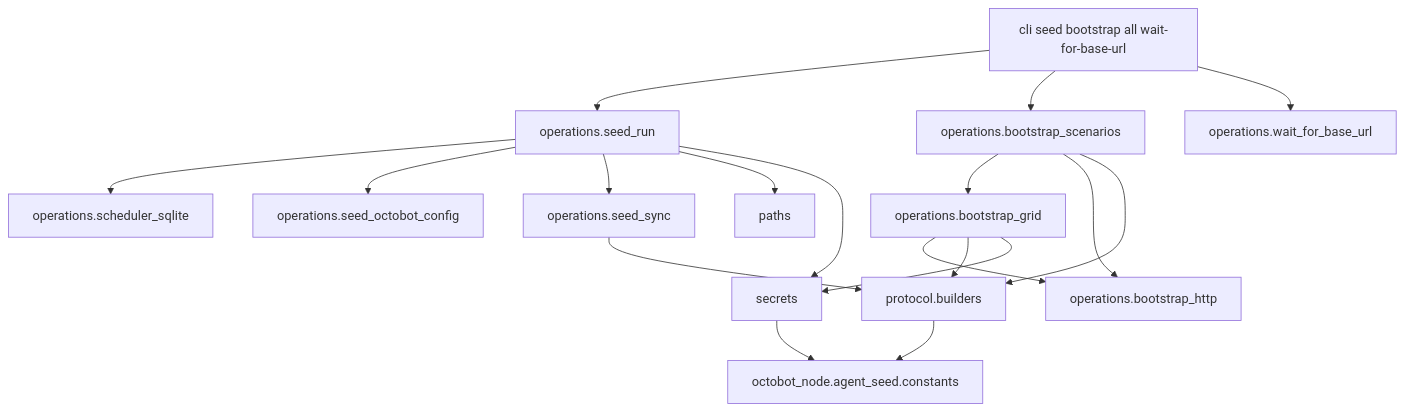
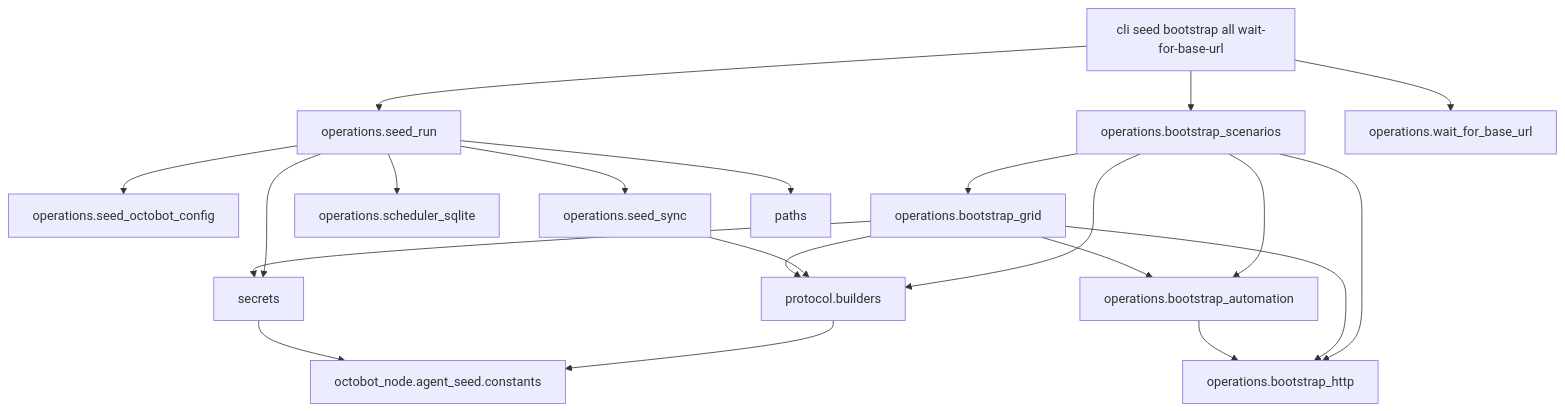
Before and after one commit to Drakkar-Software/OctoBot: the diagram in tools/agent_seed/ARCHITECTURE.md, drawn with Mermaid. The commit also changed other lines of this file and 3 other files, not shown here.

````diff
--- a/tools/agent_seed/ARCHITECTURE.md
+++ b/tools/agent_seed/ARCHITECTURE.md
@@ -14,33 +14,37 @@
 ```mermaid
 flowchart TB
   cli[cli seed bootstrap all wait-for-base-url]
   seedRun[operations.seed_run]
   seedOctobotConfig[operations.seed_octobot_config]
   seedSync[operations.seed_sync]
   schedulerSqlite[operations.scheduler_sqlite]
+  bootstrapAutomation[operations.bootstrap_automation]
   bootstrapGrid[operations.bootstrap_grid]
   bootstrapScenarios[operations.bootstrap_scenarios]
   bootstrapHttp[operations.bootstrap_http]
   builders[protocol.builders]
   pathsMod[paths]
   secretsMod[secrets]
   nodeConstants[octobot_node.agent_seed.constants]
 
   cli --> seedRun
   cli --> bootstrapScenarios
   cli --> waitForBaseUrl[operations.wait_for_base_url]
   bootstrapScenarios --> bootstrapGrid
+  bootstrapScenarios --> bootstrapAutomation
   bootstrapScenarios --> bootstrapHttp
   bootstrapScenarios --> builders
   seedRun --> schedulerSqlite
   seedRun --> seedOctobotConfig
   seedRun --> seedSync
   seedRun --> pathsMod
   seedRun --> secretsMod
   seedSync --> builders
+  bootstrapGrid --> bootstrapAutomation
   bootstrapGrid --> bootstrapHttp
   bootstrapGrid --> builders
   bootstrapGrid --> secretsMod
+  bootstrapAutomation --> bootstrapHttp
   builders --> nodeConstants
   secretsMod --> nodeConstants
 ```
````
